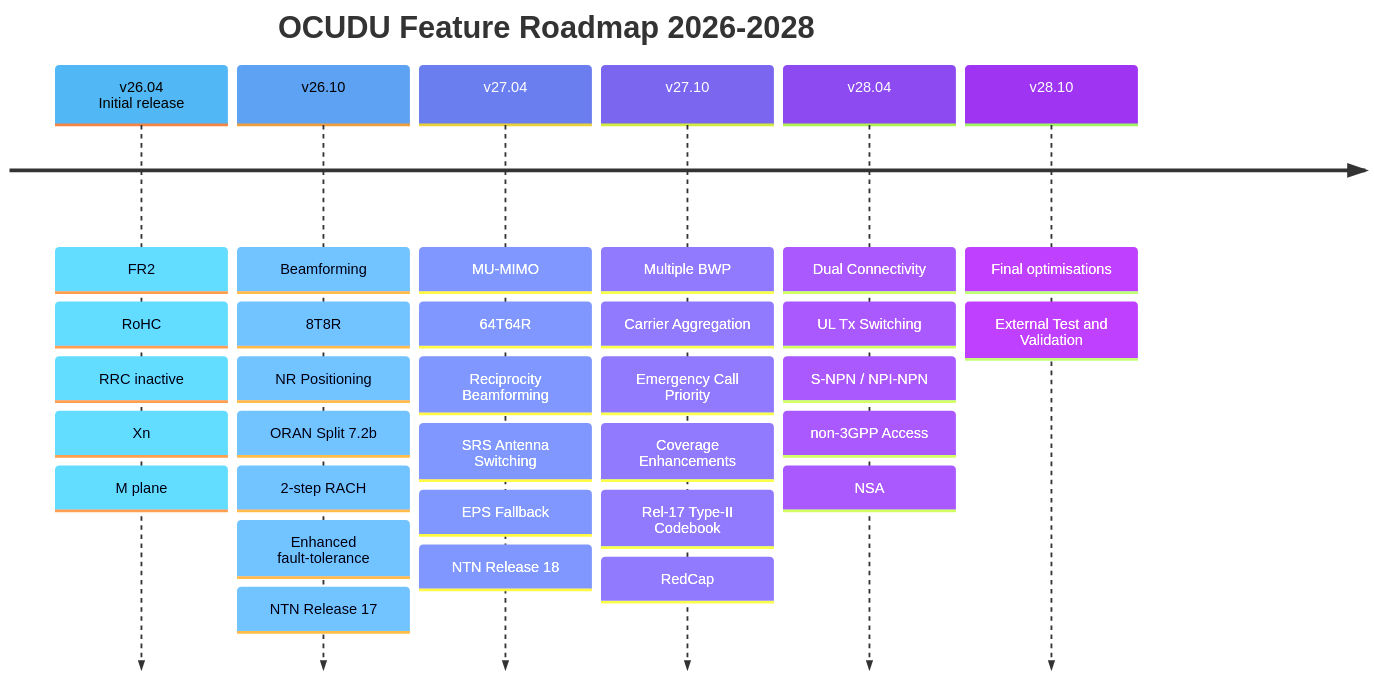
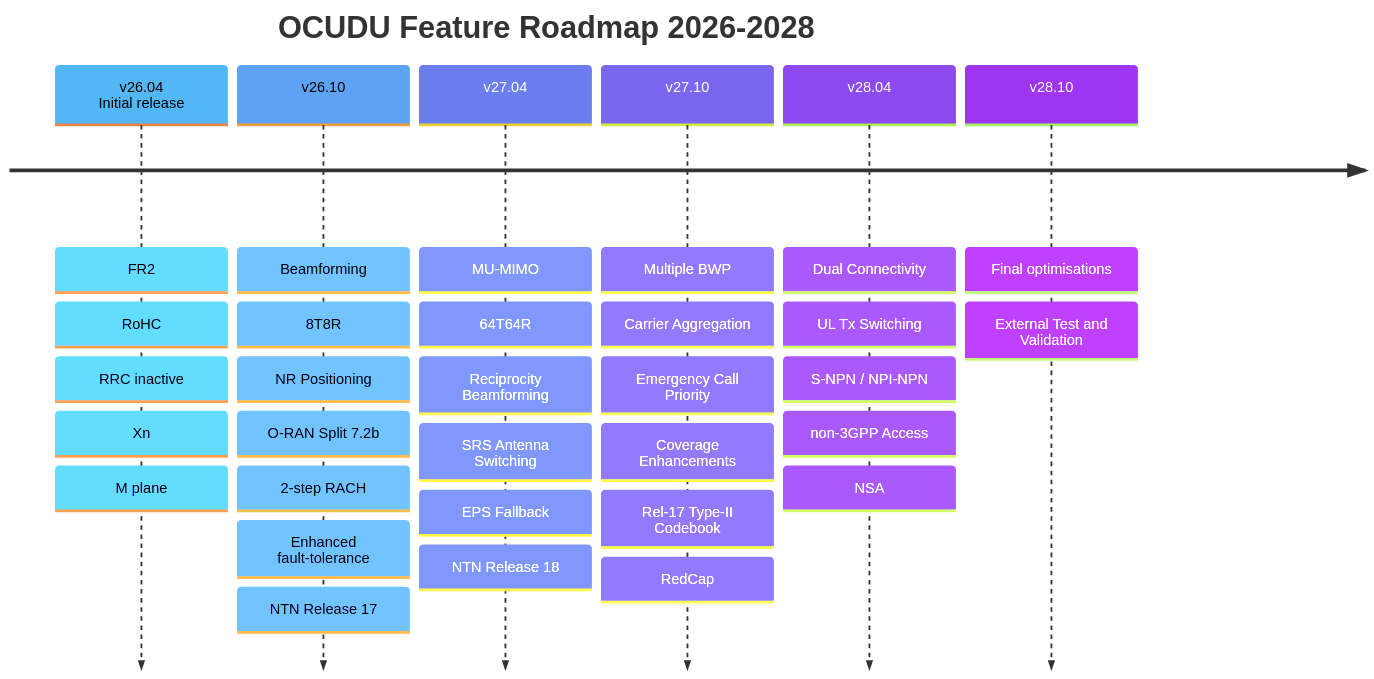
The diagram in docs/releases/index.md (ocudu/ocudu_docs), drawn with Mermaid before and after one commit. The commit also changed other lines of this file and 21 other files, not shown here.

````diff
--- a/docs/releases/index.md
+++ b/docs/releases/index.md
@@ -80,24 +80,24 @@
 ```mermaid
 %%{init: {'theme': 'base', 'themeVariables': {
   'cScale0': '#52B8F5',
   'cScaleLabel0': '#000000',
   'cScale1': '#5EA3F3',
   'cScaleLabel1': '#000000',
   'cScale2': '#6B7EEF',
   'cScaleLabel2': '#ffffff',
   'cScale3': '#7A66EF',
   'cScaleLabel3': '#ffffff',
   'cScale4': '#8E4AF1',
   'cScaleLabel4': '#ffffff',
   'cScale5': '#9F35F2',
   'cScaleLabel5': '#ffffff'
 }}}%%
     timeline
         title OCUDU Feature Roadmap 2026-2028
           v26.04 <br> Initial release : FR2 : RoHC : RRC inactive : Xn : M plane
-          v26.10 : Beamforming : 8T8R : NR Positioning : ORAN Split 7.2b : 2-step RACH : Enhanced fault-tolerance : NTN Release 17
+          v26.10 : Beamforming : 8T8R : NR Positioning : O-RAN Split 7.2b : 2-step RACH : Enhanced fault-tolerance : NTN Release 17
           v27.04 : MU-MIMO : 64T64R : Reciprocity Beamforming : SRS Antenna Switching : EPS Fallback : NTN Release 18
           v27.10 : Multiple BWP : Carrier Aggregation : Emergency Call Priority : Coverage Enhancements : Rel-17 Type-II Codebook : RedCap
           v28.04 : Dual Connectivity : UL Tx Switching : S-NPN / NPI-NPN : non-3GPP Access : NSA
           v28.10 : Final optimisations : External Test and Validation
 ```
````
